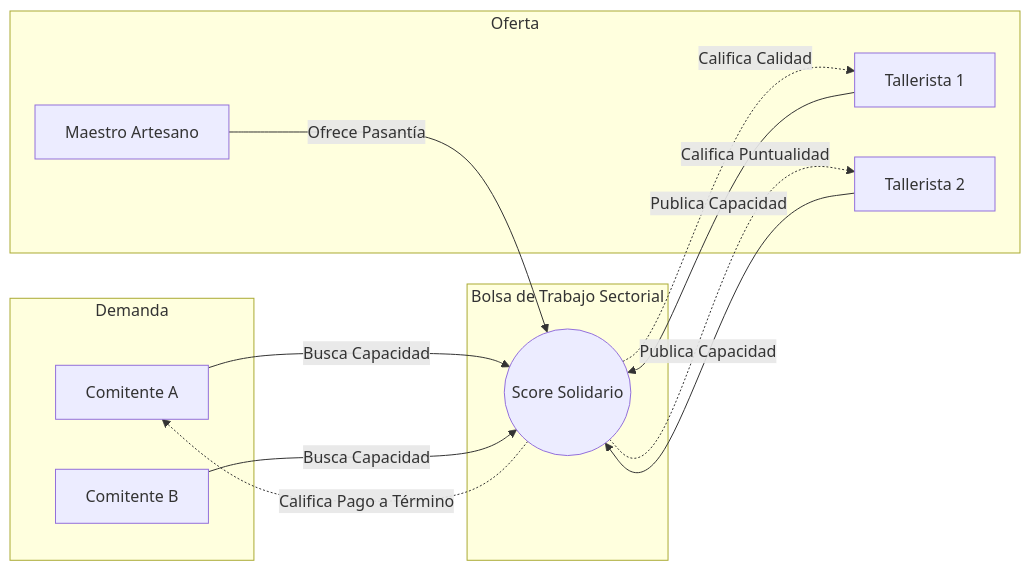
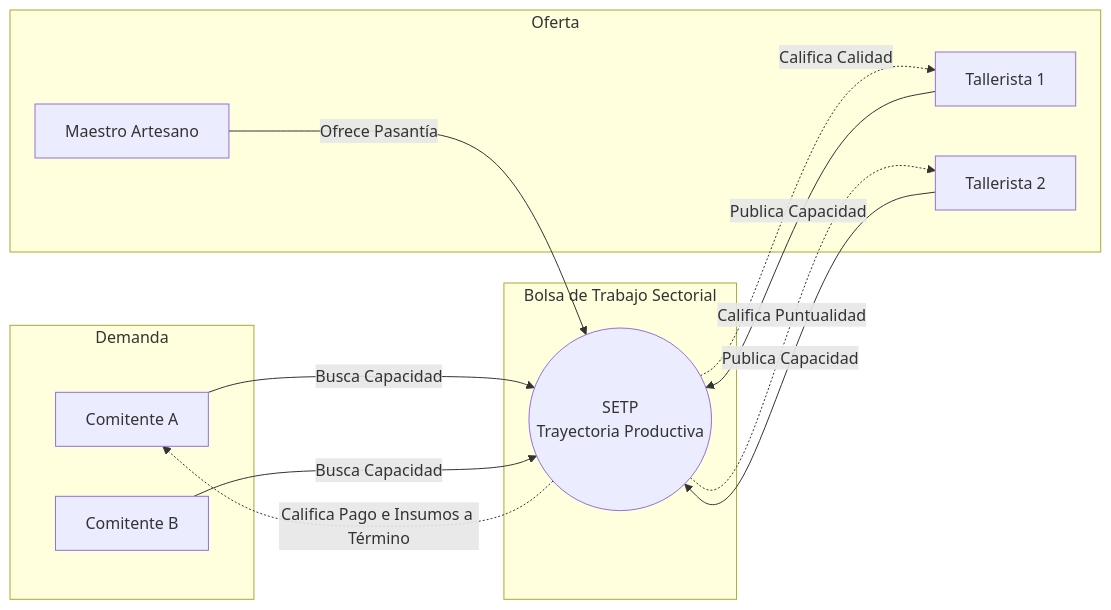
The first of 3 diagrams in docs/md/dossier_fimca_addenda2.md (sarthouse/indinopy), drawn with Mermaid before and after one commit. The commit also changed other lines of this file and 24 other files, not shown here.

````diff
--- a/docs/md/dossier_fimca_addenda2.md
+++ b/docs/md/dossier_fimca_addenda2.md
@@ -117,27 +121,27 @@
 ```mermaid
 graph LR
     subgraph Demanda
         M1[Comitente A]
         M2[Comitente B]
     end
 
     subgraph Bolsa de Trabajo Sectorial
-        BT((Score Solidario))
+        BT((SETP<br/>Trayectoria Productiva))
     end
 
     subgraph Oferta
         T1[Tallerista 1]
         T2[Tallerista 2]
         MA[Maestro Artesano]
     end
 
     M1 -->|Busca Capacidad| BT
     M2 -->|Busca Capacidad| BT
     T1 -->|Publica Capacidad| BT
     T2 -->|Publica Capacidad| BT
     MA -->|Ofrece Pasantía| BT
     
     BT -.->|Califica Calidad| T1
     BT -.->|Califica Puntualidad| T2
-    BT -.->|Califica Pago a Término| M1
+    BT -.->|Califica Pago e Insumos a Término| M1
 ```
````
